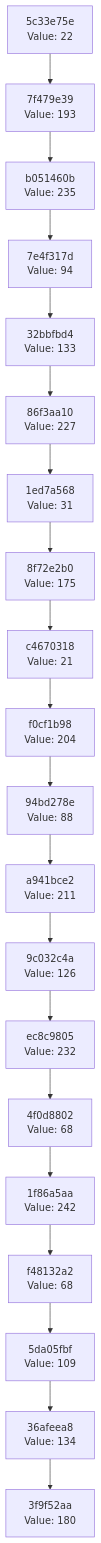
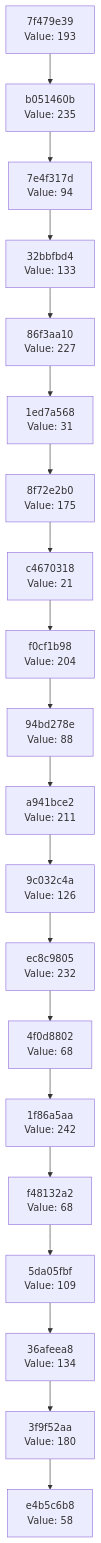
The diagram in docs/CHAIN_VISUALIZATION.md (Abhisheksinha1506/hash-chain-evolver), drawn with Mermaid before and after one commit. The commit also changed 3 other files, not shown here.

````diff
--- a/docs/CHAIN_VISUALIZATION.md
+++ b/docs/CHAIN_VISUALIZATION.md
@@ -3,42 +3,42 @@
 ```mermaid
 graph TD
-    C0["3f9f52aa<br/>Value: 180"]
-    C1["36afeea8<br/>Value: 134"]
+    C0["e4b5c6b8<br/>Value: 58"]
+    C1["3f9f52aa<br/>Value: 180"]
     C1 --> C0
-    C2["5da05fbf<br/>Value: 109"]
+    C2["36afeea8<br/>Value: 134"]
     C2 --> C1
-    C3["f48132a2<br/>Value: 68"]
+    C3["5da05fbf<br/>Value: 109"]
     C3 --> C2
-    C4["1f86a5aa<br/>Value: 242"]
+    C4["f48132a2<br/>Value: 68"]
     C4 --> C3
-    C5["4f0d8802<br/>Value: 68"]
+    C5["1f86a5aa<br/>Value: 242"]
     C5 --> C4
-    C6["ec8c9805<br/>Value: 232"]
+    C6["4f0d8802<br/>Value: 68"]
     C6 --> C5
-    C7["9c032c4a<br/>Value: 126"]
+    C7["ec8c9805<br/>Value: 232"]
     C7 --> C6
-    C8["a941bce2<br/>Value: 211"]
+    C8["9c032c4a<br/>Value: 126"]
     C8 --> C7
-    C9["94bd278e<br/>Value: 88"]
+    C9["a941bce2<br/>Value: 211"]
     C9 --> C8
-    C10["f0cf1b98<br/>Value: 204"]
+    C10["94bd278e<br/>Value: 88"]
     C10 --> C9
-    C11["c4670318<br/>Value: 21"]
+    C11["f0cf1b98<br/>Value: 204"]
     C11 --> C10
-    C12["8f72e2b0<br/>Value: 175"]
+    C12["c4670318<br/>Value: 21"]
     C12 --> C11
-    C13["1ed7a568<br/>Value: 31"]
+    C13["8f72e2b0<br/>Value: 175"]
     C13 --> C12
-    C14["86f3aa10<br/>Value: 227"]
+    C14["1ed7a568<br/>Value: 31"]
     C14 --> C13
-    C15["32bbfbd4<br/>Value: 133"]
+    C15["86f3aa10<br/>Value: 227"]
     C15 --> C14
-    C16["7e4f317d<br/>Value: 94"]
+    C16["32bbfbd4<br/>Value: 133"]
     C16 --> C15
-    C17["b051460b<br/>Value: 235"]
+    C17["7e4f317d<br/>Value: 94"]
     C17 --> C16
-    C18["7f479e39<br/>Value: 193"]
+    C18["b051460b<br/>Value: 235"]
     C18 --> C17
-    C19["5c33e75e<br/>Value: 22"]
+    C19["7f479e39<br/>Value: 193"]
     C19 --> C18
 ```
````
